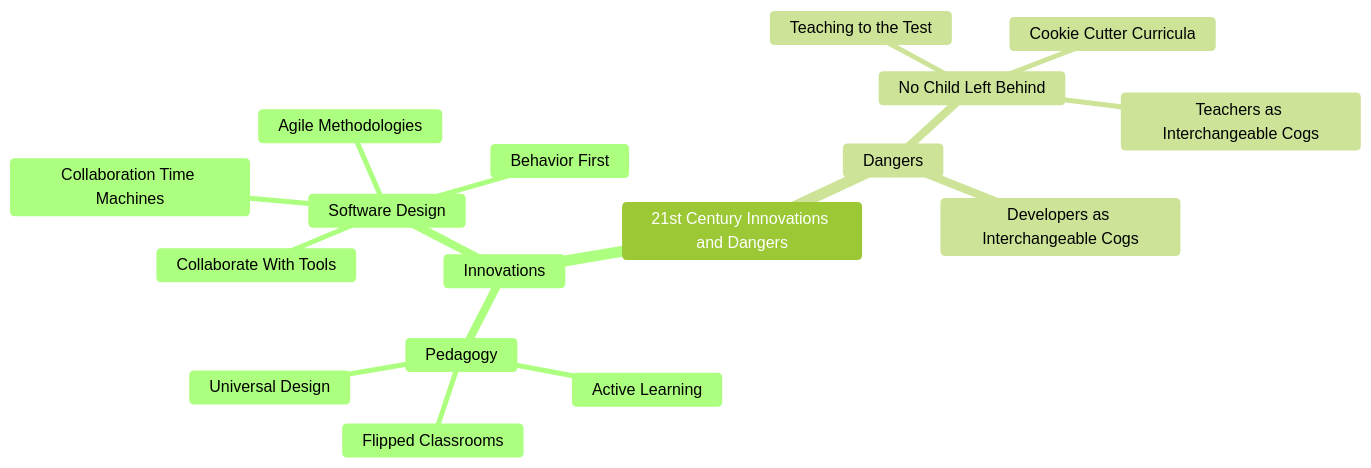
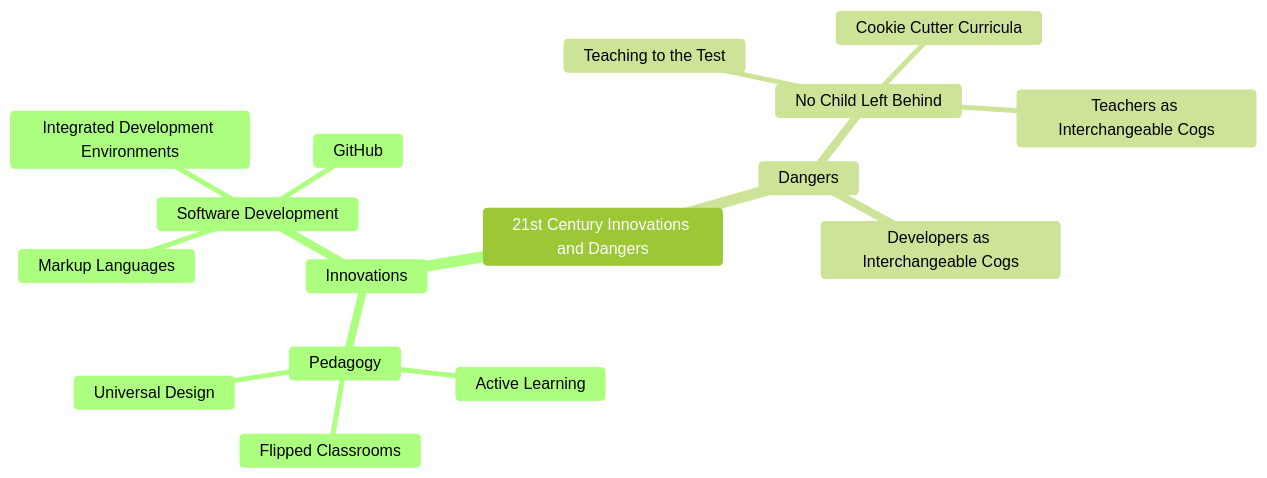
One commit to marshallflax/vision changed the first of 4 diagrams in README.md. Above: the diagram before and after it, drawn with Mermaid. The commit also changed other lines of this file, not shown here.

Commit message:
Still thinking how to describe Git

````diff
--- a/README.md
+++ b/README.md
@@ -5,22 +5,21 @@
 ```mermaid
-%%{init: {'theme':'forest'}}%%
+%%{init:{'theme':'forest'}}%%
 
 mindmap
  21st Century Innovations and Dangers
   Innovations
    Pedagogy
     Active Learning
     Flipped Classrooms
     Universal Design
-   Software Design
-    Agile Methodologies
-    Collaboration Time Machines
-    Behavior First
-    Collaborate With Tools
+   Software Development
+    GitHub
+    Markup Languages
+    Integrated Development Environments
   Dangers
    No Child Left Behind
     Teaching to the Test
     Cookie Cutter Curricula 
     Teachers as Interchangeable Cogs
    Developers as Interchangeable Cogs
 ```
````
